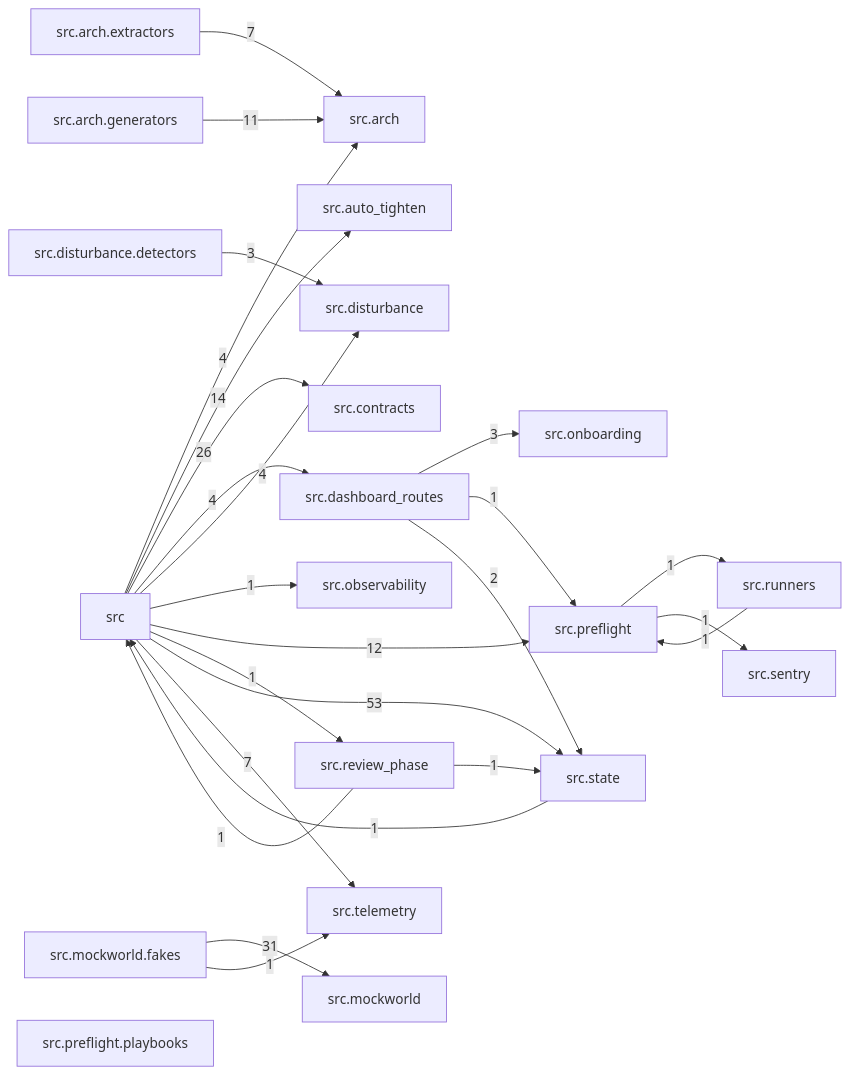
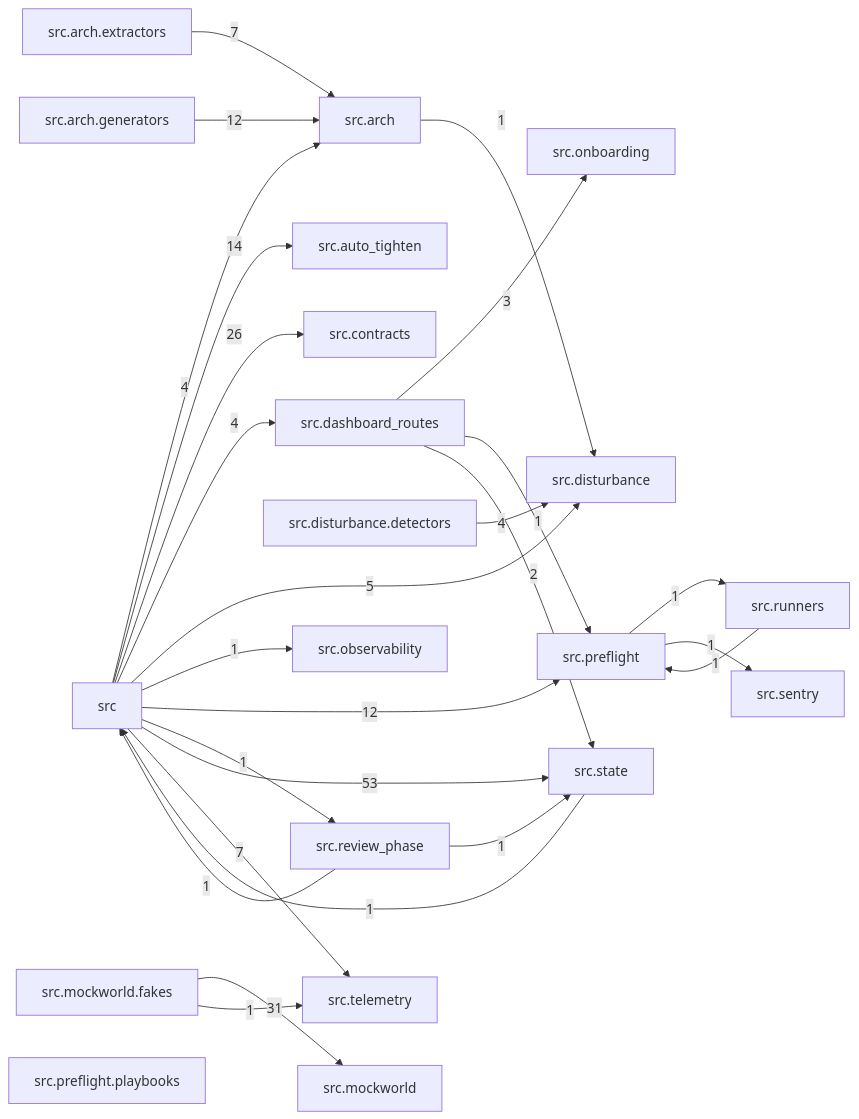
One commit to T-rav/hydraflow changed the diagram in docs/arch/generated/modules.md. Above: the diagram before and after it, drawn with Mermaid. The commit also changed 33 other files, not shown here.

````diff
--- a/docs/arch/generated/modules.md
+++ b/docs/arch/generated/modules.md
@@ -7,47 +7,48 @@
 ```mermaid
 graph LR
     src["src"]
     src_arch["src.arch"]
     src_arch_extractors["src.arch.extractors"]
     src_arch_generators["src.arch.generators"]
     src_auto_tighten["src.auto_tighten"]
     src_contracts["src.contracts"]
     src_dashboard_routes["src.dashboard_routes"]
     src_disturbance["src.disturbance"]
     src_disturbance_detectors["src.disturbance.detectors"]
     src_mockworld["src.mockworld"]
     src_mockworld_fakes["src.mockworld.fakes"]
     src_observability["src.observability"]
     src_onboarding["src.onboarding"]
     src_preflight["src.preflight"]
     src_preflight_playbooks["src.preflight.playbooks"]
     src_review_phase["src.review_phase"]
     src_runners["src.runners"]
     src_sentry["src.sentry"]
     src_state["src.state"]
     src_telemetry["src.telemetry"]
     src -- "4" --> src_arch
     src -- "14" --> src_auto_tighten
     src -- "26" --> src_contracts
     src -- "4" --> src_dashboard_routes
-    src -- "4" --> src_disturbance
+    src -- "5" --> src_disturbance
     src -- "1" --> src_observability
     src -- "12" --> src_preflight
     src -- "1" --> src_review_phase
     src -- "53" --> src_state
     src -- "7" --> src_telemetry
+    src_arch -- "1" --> src_disturbance
     src_arch_extractors -- "7" --> src_arch
-    src_arch_generators -- "11" --> src_arch
+    src_arch_generators -- "12" --> src_arch
     src_dashboard_routes -- "3" --> src_onboarding
     src_dashboard_routes -- "1" --> src_preflight
     src_dashboard_routes -- "2" --> src_state
-    src_disturbance_detectors -- "3" --> src_disturbance
+    src_disturbance_detectors -- "4" --> src_disturbance
     src_mockworld_fakes -- "31" --> src_mockworld
     src_mockworld_fakes -- "1" --> src_telemetry
     src_preflight -- "1" --> src_runners
     src_preflight -- "1" --> src_sentry
     src_review_phase -- "1" --> src
     src_review_phase -- "1" --> src_state
     src_runners -- "1" --> src_preflight
     src_state -- "1" --> src
 ```
````
